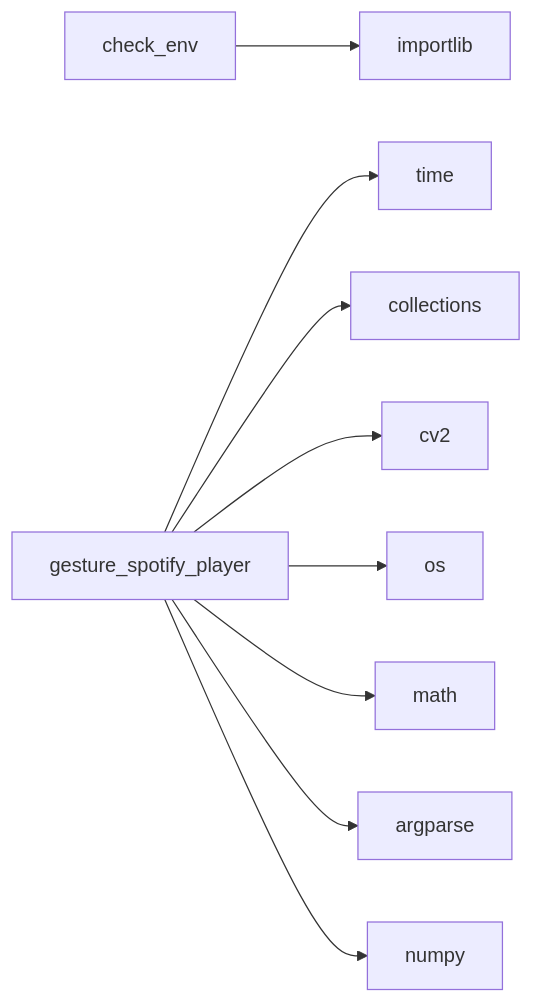
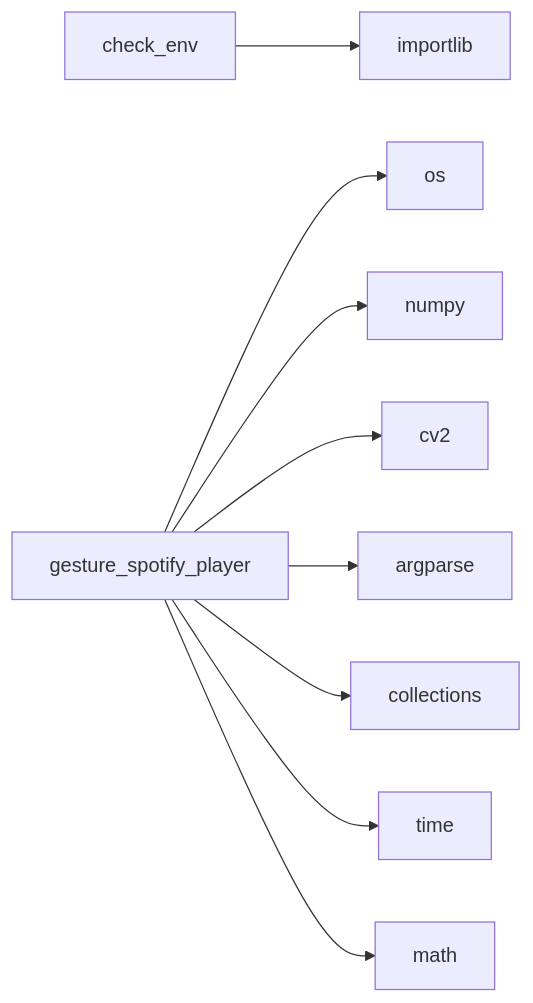
The diagram in .github/docs/dependencies.md (NITISH-R-G/PalmPlay1), drawn with Mermaid before and after one commit. The commit also changed other lines of this file and 3 other files, not shown here.

Commit message:
docs: update repository documentation and diagrams [skip ci]

````diff
--- a/.github/docs/dependencies.md
+++ b/.github/docs/dependencies.md
@@ -3,15 +3,15 @@
 ```mermaid
 graph LR
     check_env[check_env]
     check_env --> importlib[importlib]
     gesture_spotify_player[gesture_spotify_player]
+    gesture_spotify_player --> os[os]
+    gesture_spotify_player --> numpy[numpy]
+    gesture_spotify_player --> cv2[cv2]
+    gesture_spotify_player --> argparse[argparse]
+    gesture_spotify_player --> collections[collections]
     gesture_spotify_player --> time[time]
-    gesture_spotify_player --> collections[collections]
-    gesture_spotify_player --> cv2[cv2]
-    gesture_spotify_player --> os[os]
     gesture_spotify_player --> math[math]
-    gesture_spotify_player --> argparse[argparse]
-    gesture_spotify_player --> numpy[numpy]
     click check_env href "https://github.com/NITISH-R-G/PalmPlay1/blob/main/check_env.py" "View source code"
     click gesture_spotify_player href "https://github.com/NITISH-R-G/PalmPlay1/blob/main/gesture_spotify_player.py" "View source code"
 ```
````
